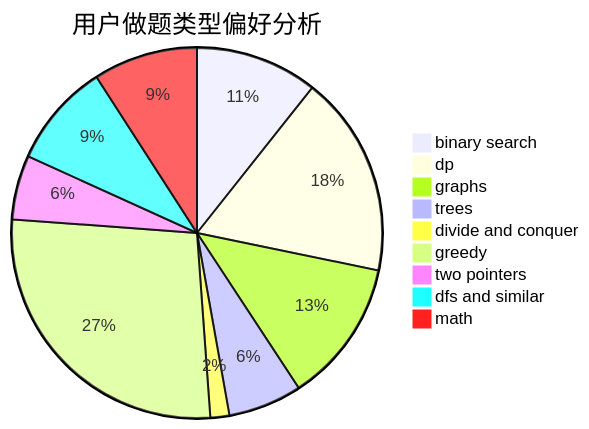
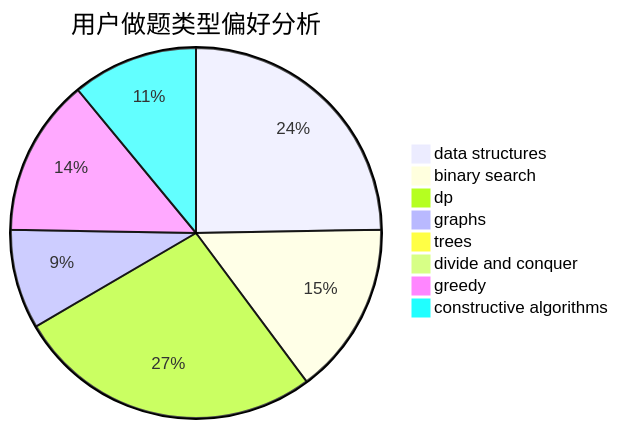
Before and after one commit to sherpahu/cfrs.github.io: the second of 3 diagrams in docs/user/u223.md, drawn with Mermaid. The commit also changed other lines of this file and 2775 other files, not shown here.

````diff
--- a/docs/user/u223.md
+++ b/docs/user/u223.md
@@ -23,12 +23,11 @@
 ```mermaid
 pie title 用户做题类型偏好分析
-    "binary search" :  116
-    "dp" :  191
-    "graphs" :  136
-    "trees" :  70
-    "divide and conquer" :  18
-    "greedy" :  297
-    "two pointers" :  61
-    "dfs and similar" :  99
-    "math" :  99
+    "data structures" :  108
+    "binary search" :  66
+    "dp" :  117
+    "graphs" :  38
+    "trees" :  1
+    "divide and conquer" :  3
+    "greedy" :  60
+    "constructive algorithms" :  48
 ```
````
